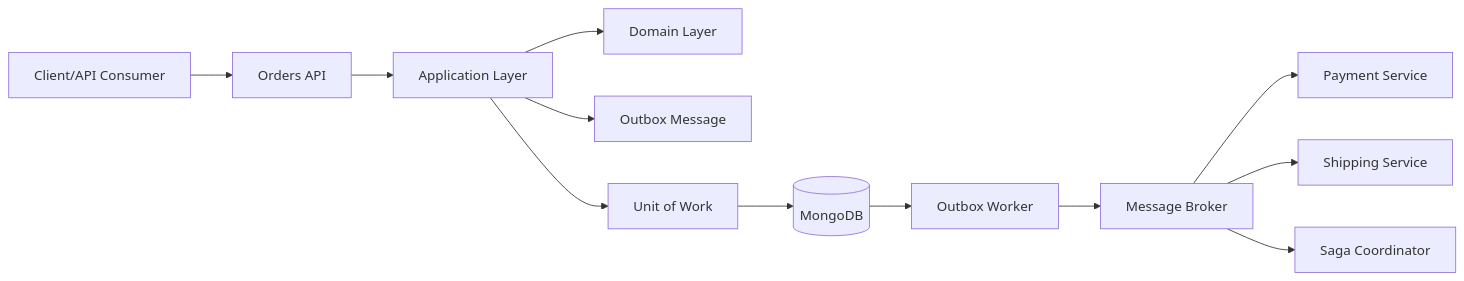
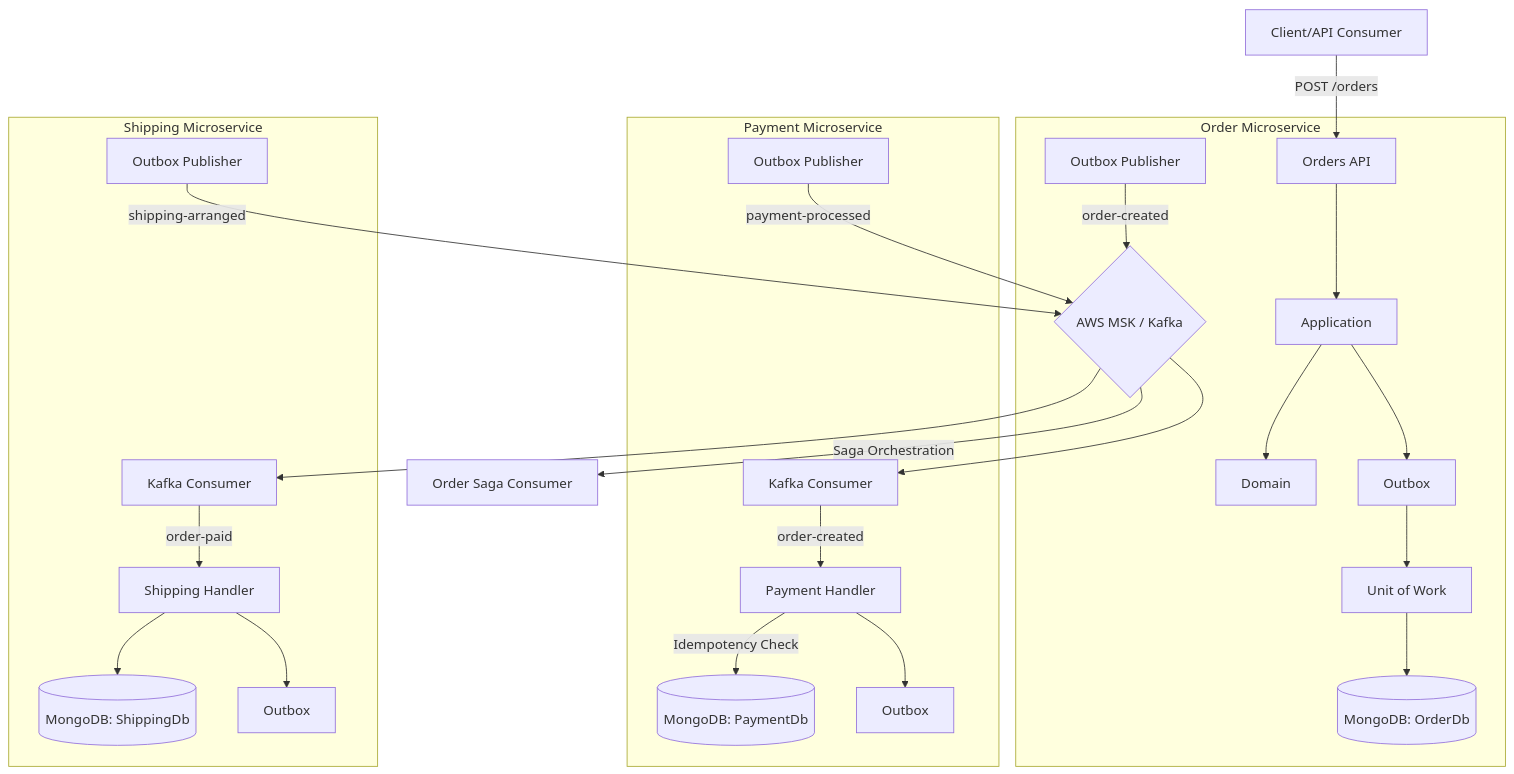
The diagram in README.md (ueidesantos/outbox-saga-lab), drawn with Mermaid before and after one commit. The commit also changed other lines of this file and 57 other files, not shown here.

First line of the commit message:
feat: complete outbox lab with payment and shipping services

````diff
--- a/README.md
+++ b/README.md
@@ -20,14 +18,31 @@
 ```mermaid
-flowchart LR
-    Client[Client/API Consumer] --> API[Orders API]
-    API --> APP[Application Layer]
-    APP --> DOMAIN[Domain Layer]
-    APP --> OUTBOX[Outbox Message]
-    APP --> UOW[Unit of Work]
-    UOW --> MONGO[(MongoDB)]
-    MONGO --> WORKER[Outbox Worker]
-    WORKER --> BUS[Message Broker]
-    BUS --> PAYMENT[Payment Service]
-    BUS --> SHIPPING[Shipping Service]
-    BUS --> COORDINATOR[Saga Coordinator]
+flowchart TD
+    Client[Client/API Consumer] -->|POST /orders| API[Orders API]
+
+    subgraph OrderService [Order Microservice]
+        API --> APP_O[Application]
+        APP_O --> DOM_O[Domain]
+        APP_O --> OUT_O[Outbox]
+        UOW_O[Unit of Work] --> MON_O[(MongoDB: OrderDb)]
+        OUT_O --> UOW_O
+        PUB_O[Outbox Publisher] -->|order-created| KAFKA{AWS MSK / Kafka}
+    end
+
+    subgraph PaymentService [Payment Microservice]
+        CON_P[Kafka Consumer] -->|order-created| HAN_P[Payment Handler]
+        HAN_P -->|Idempotency Check| MON_P[(MongoDB: PaymentDb)]
+        HAN_P --> OUT_P[Outbox]
+        PUB_P[Outbox Publisher] -->|payment-processed| KAFKA
+    end
+
+    subgraph ShippingService [Shipping Microservice]
+        CON_S[Kafka Consumer] -->|order-paid| HAN_S[Shipping Handler]
+        HAN_S --> MON_S[(MongoDB: ShippingDb)]
+        HAN_S --> OUT_S[Outbox]
+        PUB_S[Outbox Publisher] -->|shipping-arranged| KAFKA
+    end
+
+    KAFKA --> CON_P
+    KAFKA -->|Saga Orchestration| CON_O[Order Saga Consumer]
+    KAFKA --> CON_S
 ```
````
